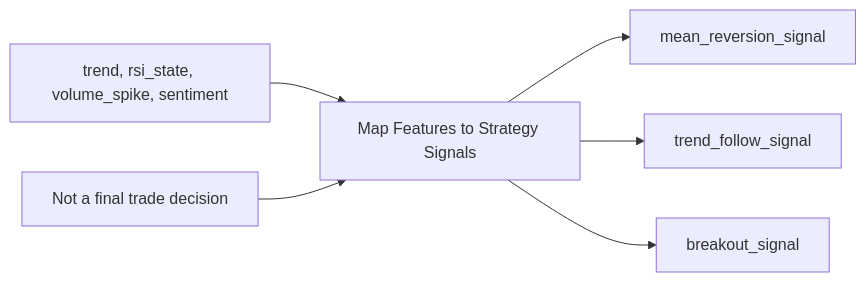
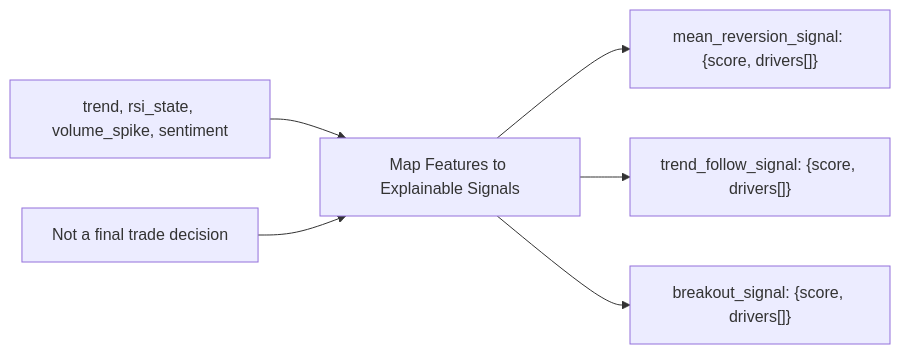
The fourth of 8 diagrams in README.md (Yuqian-He/agentic-trading-workflow), drawn with Mermaid before and after one commit. The commit also changed other lines of this file, not shown here.

````diff
--- a/README.md
+++ b/README.md
@@ -62,8 +77,8 @@
 ```mermaid
 graph LR
     F1["trend, rsi_state, volume_spike, sentiment"] --> G2
-    G2[Map Features to Strategy Signals] --> S1["mean_reversion_signal"]
-    G2 --> S2["trend_follow_signal"]
-    G2 --> S3["breakout_signal"]
+    G2[Map Features to Explainable Signals] --> S1["mean_reversion_signal: {score, drivers[]}"]
+    G2 --> S2["trend_follow_signal: {score, drivers[]}"]
+    G2 --> S3["breakout_signal: {score, drivers[]}"]
     N[Not a final trade decision] --> G2
 ```
````
